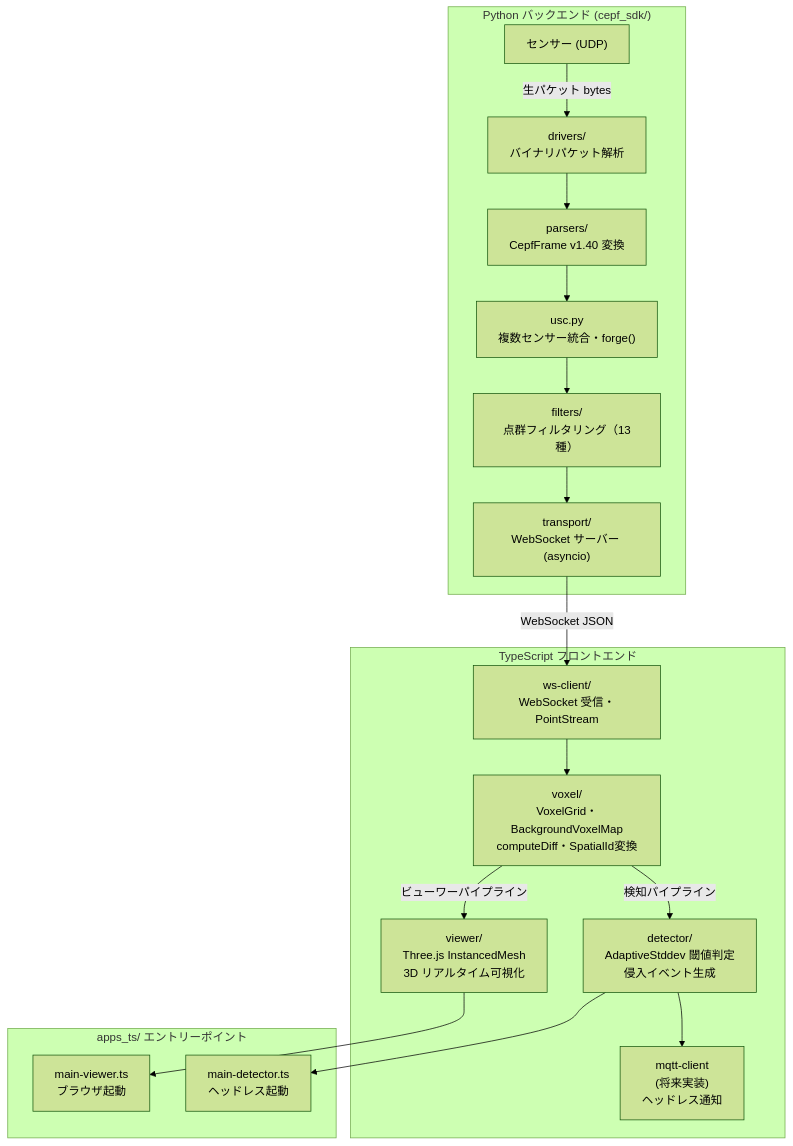
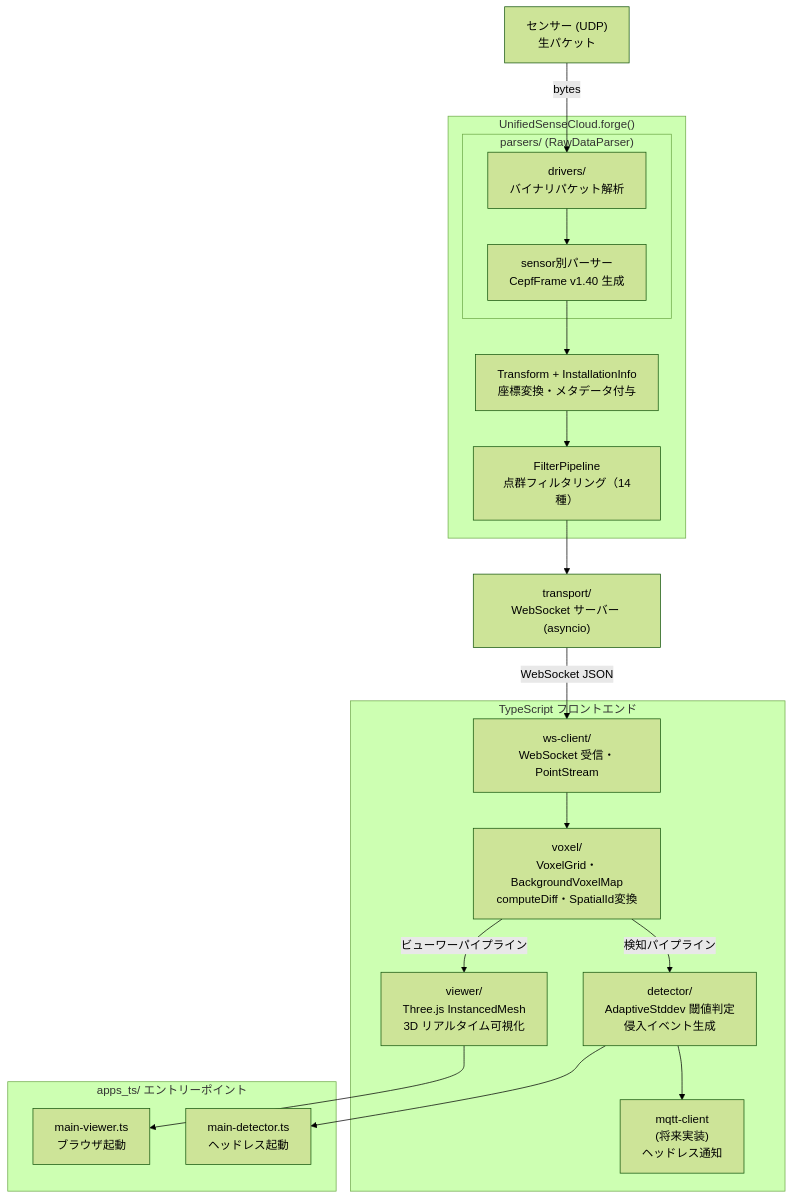
The diagram in docs/readme.md (JPD-studio/sass), drawn with Mermaid (forest theme) before and after one commit. The commit also changed other lines of this file and 45 other files, not shown here.

````diff
--- a/docs/readme.md
+++ b/docs/readme.md
@@ -283,36 +283,41 @@
 ```mermaid
 flowchart TD
-  subgraph Python["Python バックエンド (cepf_sdk/)"]
-    A["センサー (UDP)"]
-    B["drivers/\nバイナリパケット解析"]
-    C["parsers/\nCepfFrame v1.40 変換"]
-    D["usc.py\n複数センサー統合・forge()"]
-    E["filters/\n点群フィルタリング（13種）"]
-    F["transport/\nWebSocket サーバー (asyncio)"]
-    A -->|生パケット bytes| B
-    B --> C
-    C --> D
-    D --> E
-    E --> F
+  A["センサー (UDP)<br>生パケット"]
+  
+  subgraph USC["UnifiedSenseCloud.forge()"]
+    subgraph Parsers["parsers/ (RawDataParser)"]
+      B["drivers/<br>バイナリパケット解析"]
+      C["sensor別パーサー<br>CepfFrame v1.40 生成"]
+    end
+    D["Transform + InstallationInfo<br>座標変換・メタデータ付与"]
+    E["FilterPipeline<br>点群フィルタリング（14種）"]
   end
-
-  F -->|"WebSocket JSON"| G
+  
+  F["transport/<br>WebSocket サーバー (asyncio)"]
+  
+  A -->|bytes| B
+  B --> C
+  C --> D
+  D --> E
+  E --> F
+  
+  F -->|WebSocket JSON| G
 
   subgraph TS["TypeScript フロントエンド"]
-    G["ws-client/\nWebSocket 受信・PointStream"]
-    H["voxel/\nVoxelGrid・BackgroundVoxelMap\ncomputeDiff・SpatialId変換"]
+    G["ws-client/<br>WebSocket 受信・PointStream"]
+    H["voxel/<br>VoxelGrid・BackgroundVoxelMap<br>computeDiff・SpatialId変換"]
     G --> H
 
-    H -->|ビューワーパイプライン| I["viewer/\nThree.js InstancedMesh\n3D リアルタイム可視化"]
-    H -->|検知パイプライン| J["detector/\nAdaptiveStddev 閾値判定\n侵入イベント生成"]
-    J --> K["mqtt-client\n(将来実装)\nヘッドレス通知"]
+    H -->|ビューワーパイプライン| I["viewer/<br>Three.js InstancedMesh<br>3D リアルタイム可視化"]
+    H -->|検知パイプライン| J["detector/<br>AdaptiveStddev 閾値判定<br>侵入イベント生成"]
+    J --> K["mqtt-client<br>(将来実装)<br>ヘッドレス通知"]
   end
 
   subgraph Apps["apps_ts/ エントリーポイント"]
-    L["main-viewer.ts\nブラウザ起動"]
-    M["main-detector.ts\nヘッドレス起動"]
+    L["main-viewer.ts<br>ブラウザ起動"]
+    M["main-detector.ts<br>ヘッドレス起動"]
   end
 
   I --> L
   J --> M
 ```
````
